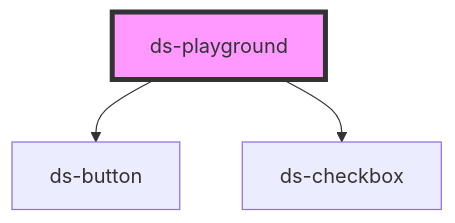
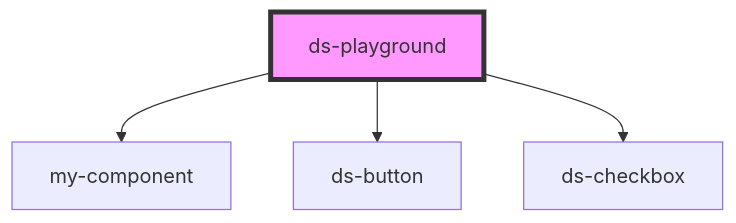
Before and after one commit to chimon2000/design-system-ws: the diagram in modules/ds-components/src/components/ds-playground/readme.md, drawn with Mermaid. The commit also changed other lines of this file and 1 other file, not shown here.

````diff
--- a/modules/ds-components/src/components/ds-playground/readme.md
+++ b/modules/ds-components/src/components/ds-playground/readme.md
@@ -16,6 +15,7 @@
 ```mermaid
 graph TD;
+  ds-playground --> my-component
   ds-playground --> ds-button
   ds-playground --> ds-checkbox
   style ds-playground fill:#f9f,stroke:#333,stroke-width:4px
 ```
````
